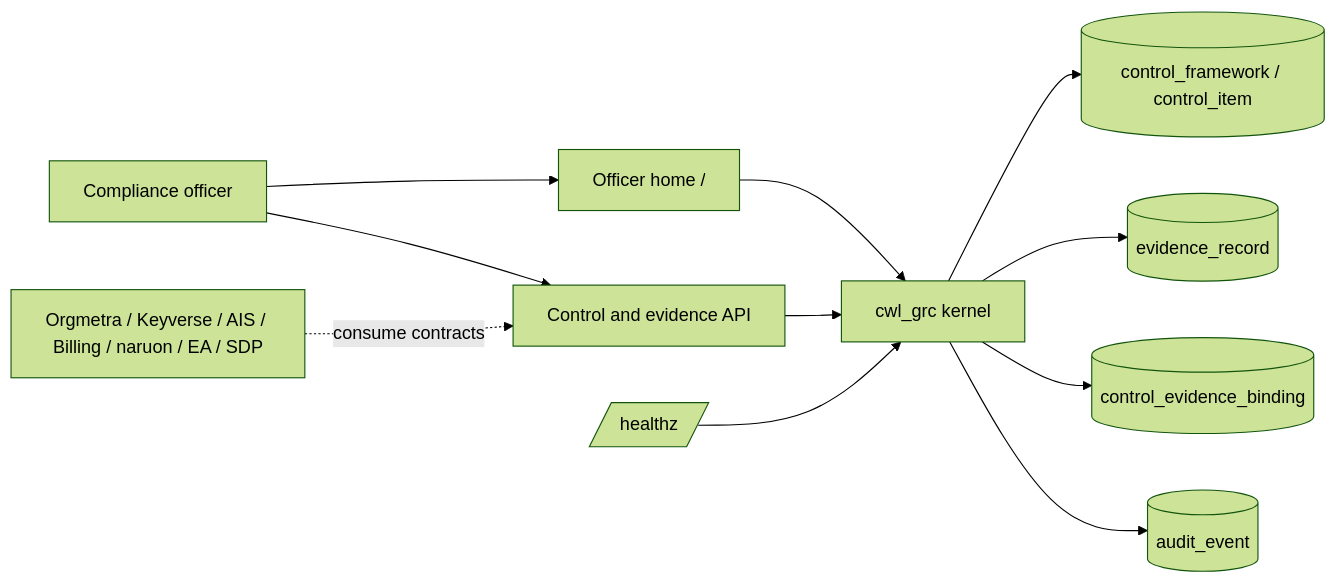
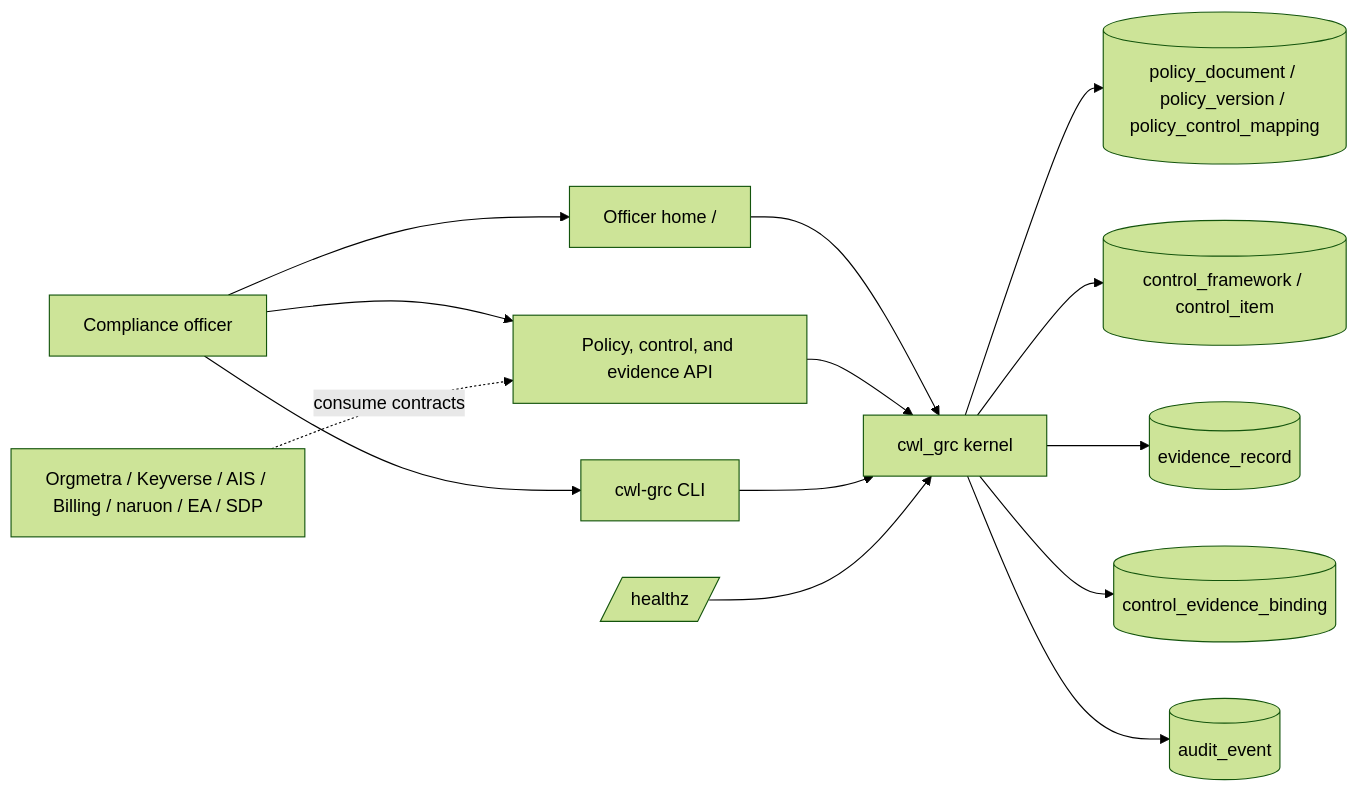
The diagram in ARCHITECTURE.md (ContextualWisdomLab/governance-risk-compliance), drawn with Mermaid (forest theme) before and after one commit. The commit also changed other lines of this file and 21 other files, not shown here.

First line of the commit message:
feat: author versioned policies and bind evidence on policy gaps

````diff
--- a/ARCHITECTURE.md
+++ b/ARCHITECTURE.md
@@ -7,13 +7,16 @@
 ```mermaid
 flowchart LR
     officer[Compliance officer] --> home[Officer home /]
-    officer --> api[Control and evidence API]
+    officer --> api[Policy, control, and evidence API]
+    officer --> cli[cwl-grc CLI]
     home --> kernel[cwl_grc kernel]
     api --> kernel
+    cli --> kernel
     probe[/healthz/] --> kernel
+    kernel --> policy[(policy_document / policy_version / policy_control_mapping)]
     kernel --> catalog[(control_framework / control_item)]
     kernel --> evidence[(evidence_record)]
     kernel --> binding[(control_evidence_binding)]
     kernel --> audit[(audit_event)]
     consumers[Orgmetra / Keyverse / AIS / Billing / naruon / EA / SDP] -. consume contracts .-> api
 ```
````
